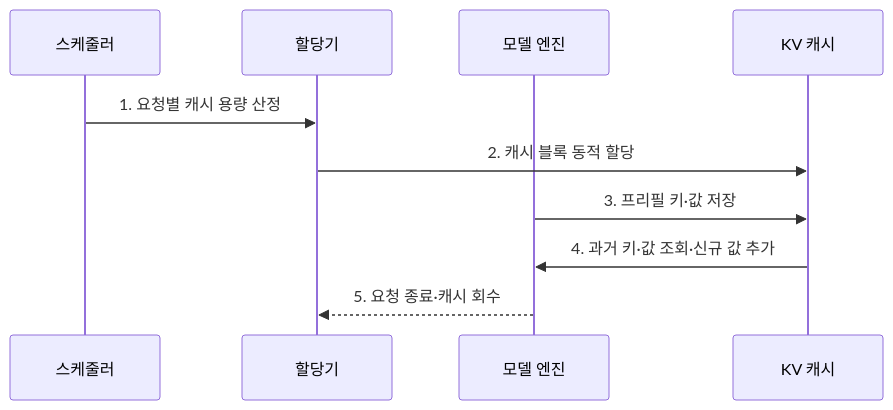
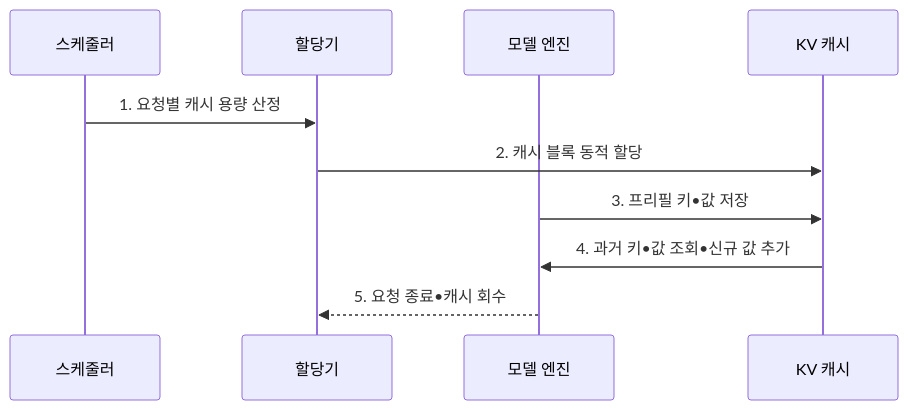
The second of 2 diagrams in src/content/docs/notes/08-latest-tech/044_kv_cache_optimization.md (agnusdei1207/knowledge-base), drawn with Mermaid before and after one commit. The commit also changed other lines of this file and 953 other files, not shown here.

````diff
--- a/src/content/docs/notes/08-latest-tech/044_kv_cache_optimization.md
+++ b/src/content/docs/notes/08-latest-tech/044_kv_cache_optimization.md
@@ -108,12 +108,12 @@
 ```mermaid
 sequenceDiagram
     participant S as 스케줄러
     participant A as 할당기
     participant M as 모델 엔진
     participant K as KV 캐시
     S->>A: 1. 요청별 캐시 용량 산정
     A->>K: 2. 캐시 블록 동적 할당
-    M->>K: 3. 프리필 키·값 저장
-    K->>M: 4. 과거 키·값 조회·신규 값 추가
-    M-->>A: 5. 요청 종료·캐시 회수
+    M->>K: 3. 프리필 키•값 저장
+    K->>M: 4. 과거 키•값 조회•신규 값 추가
+    M-->>A: 5. 요청 종료•캐시 회수
 ```
````
